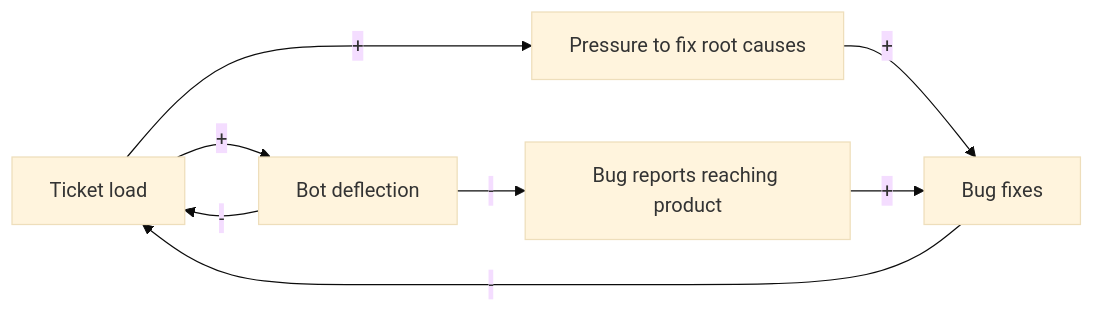
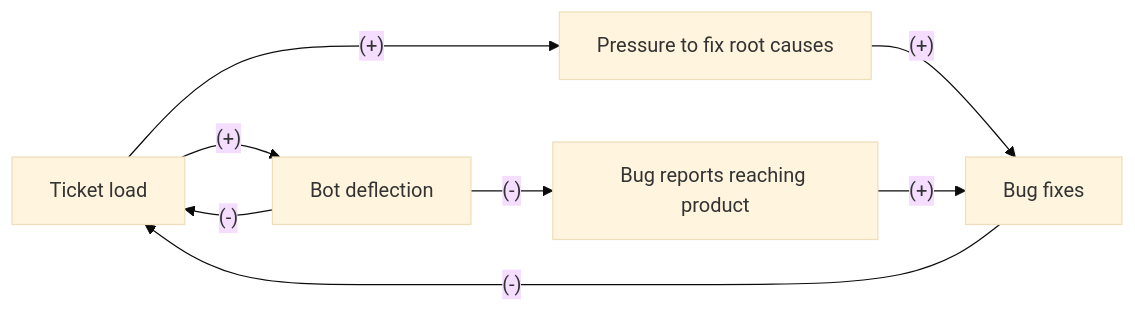
One commit to ardaasaroglu/reductionism-vs-systems-thinking changed the second of 2 diagrams in skills/practice/references/cases/support-chatbot.md. Above: the diagram before and after it, drawn with Mermaid (base theme). The commit also changed 30 other files, not shown here.

Commit message:
v0.2.0: four more cases, hero image, evals, readable diagram signs

````diff
--- a/skills/practice/references/cases/support-chatbot.md
+++ b/skills/practice/references/cases/support-chatbot.md
@@ -52,10 +52,10 @@
 ```mermaid
 flowchart LR
-  L[Ticket load] -->|+| D[Bot deflection]
-  D -->|-| L
-  L -->|+| P[Pressure to fix root causes]
-  P -->|+| X[Bug fixes]
-  X -->|-| L
-  D -->|-| R[Bug reports reaching product]
-  R -->|+| X
+  L[Ticket load] -->|"(+)"| D[Bot deflection]
+  D -->|"(-)"| L
+  L -->|"(+)"| P[Pressure to fix root causes]
+  P -->|"(+)"| X[Bug fixes]
+  X -->|"(-)"| L
+  D -->|"(-)"| R[Bug reports reaching product]
+  R -->|"(+)"| X
 ```
````
